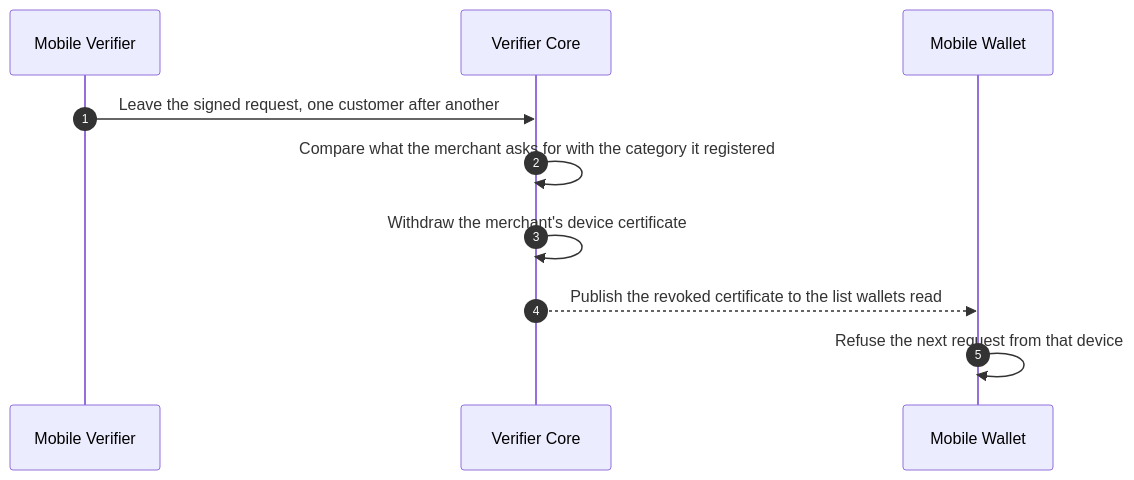
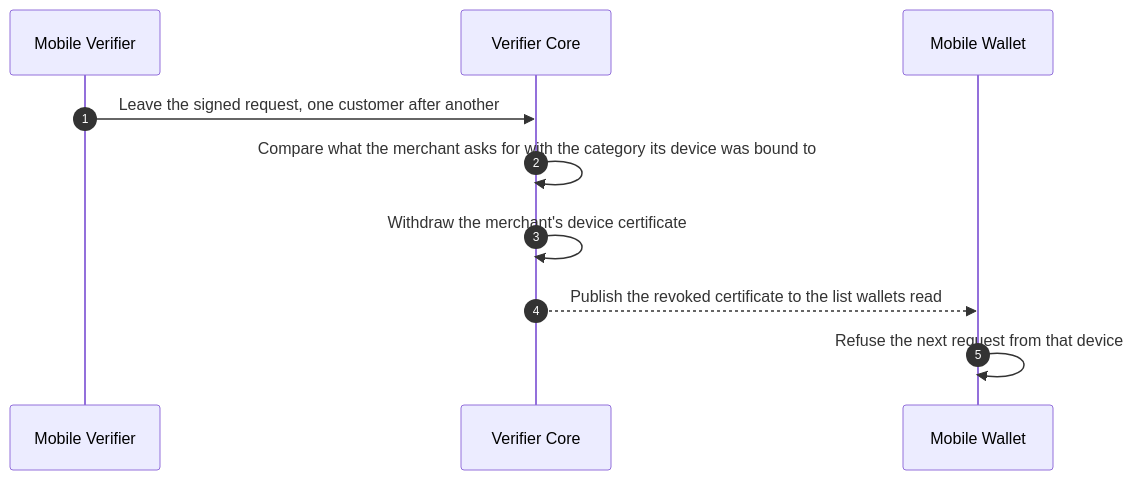
Before and after one commit to id-verifiable-credential-dev/id-doc-idctf: the third of 14 diagrams in docs/architecture-framework/high-level-architecture/flows-per-use-case.md, drawn with Mermaid. The commit also changed other lines of this file and 87 other files, not shown here.

````diff
--- a/docs/architecture-framework/high-level-architecture/flows-per-use-case.md
+++ b/docs/architecture-framework/high-level-architecture/flows-per-use-case.md
@@ -150,12 +196,12 @@
 ```mermaid
 sequenceDiagram
     autonumber
     participant MV as Mobile Verifier
     participant VC as Verifier Core
     participant MW as Mobile Wallet
     MV->>VC: Leave the signed request, one customer after another
-    VC->>VC: Compare what the merchant asks for with the category it registered
+    VC->>VC: Compare what the merchant asks for with the category its device was bound to
     VC->>VC: Withdraw the merchant's device certificate
     VC-->>MW: Publish the revoked certificate to the list wallets read
     MW->>MW: Refuse the next request from that device
 ```
````
